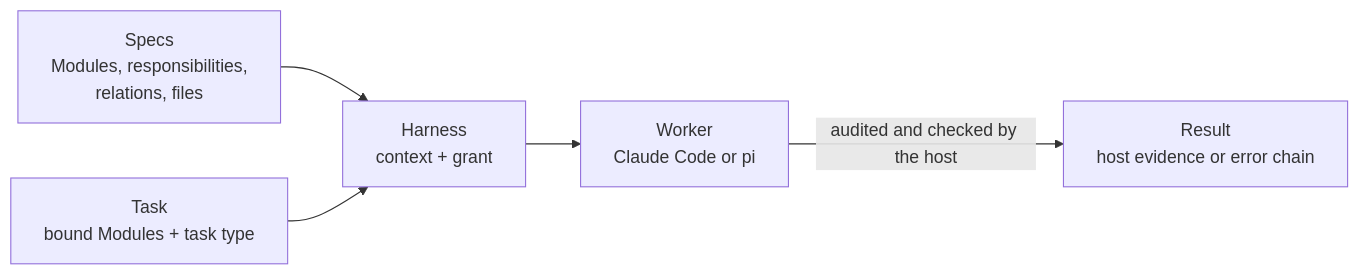
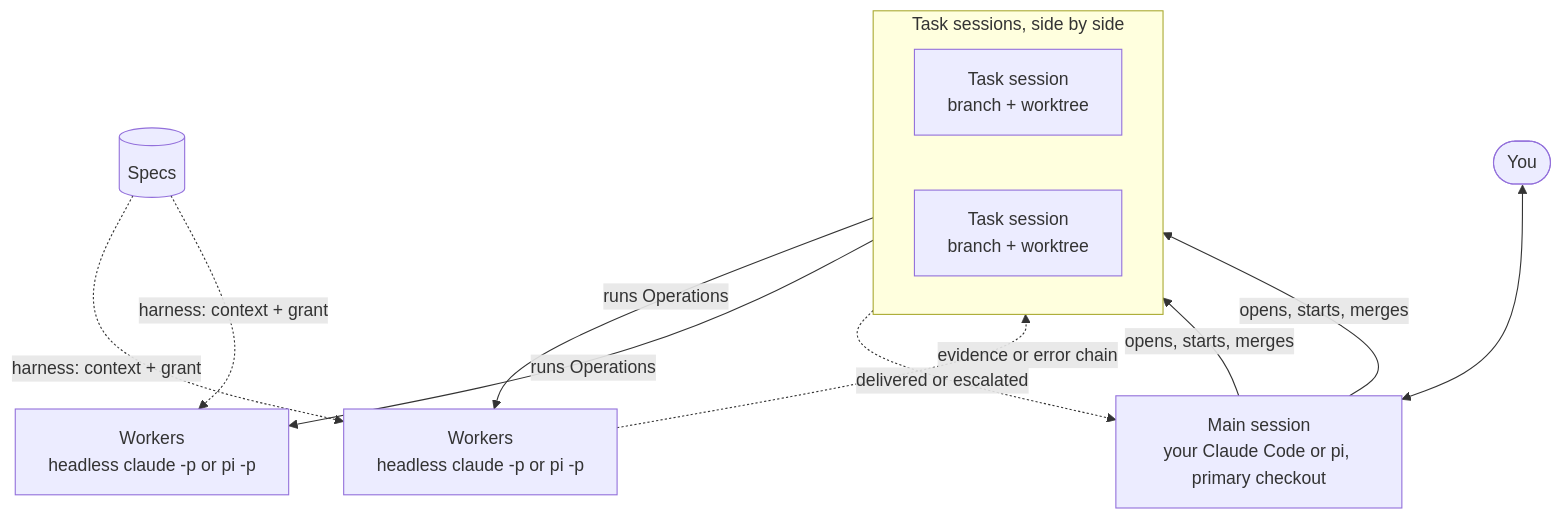
Before and after one commit to FTOD/concorde: the diagram in README.md, drawn with Mermaid. The commit also changed other lines of this file, not shown here.

Commit message:
Tell the README's idea through the three levels: main session, task sessions, workers

````diff
--- a/README.md
+++ b/README.md
@@ -33,12 +36,20 @@
 ```mermaid
-flowchart LR
-  specs["Specs<br/>Modules, responsibilities,<br/>relations, files"]
-  task["Task<br/>bound Modules + task type"]
-  harness["Harness<br/>context + grant"]
-  worker["Worker<br/>Claude Code or pi"]
-  result["Result<br/>host evidence or error chain"]
-  specs --> harness
-  task --> harness
-  harness --> worker
-  worker -->|audited and checked by the host| result
+flowchart TB
+  you(["You"])
+  main["Main session<br/>your Claude Code or pi, primary checkout"]
+  subgraph parallel["Task sessions, side by side"]
+    direction LR
+    t1["Task session<br/>branch + worktree"]
+    t2["Task session<br/>branch + worktree"]
+  end
+  w1["Workers<br/>headless claude -p or pi -p"]
+  w2["Workers<br/>headless claude -p or pi -p"]
+  specs[("Specs")]
+  you <--> main
+  main -->|opens, starts, merges| t1 & t2
+  t1 -->|runs Operations| w1
+  t2 -->|runs Operations| w2
+  specs -.->|harness: context + grant| w1 & w2
+  w1 -.->|evidence or error chain| t1
+  t1 -.->|delivered or escalated| main
 ```
````
